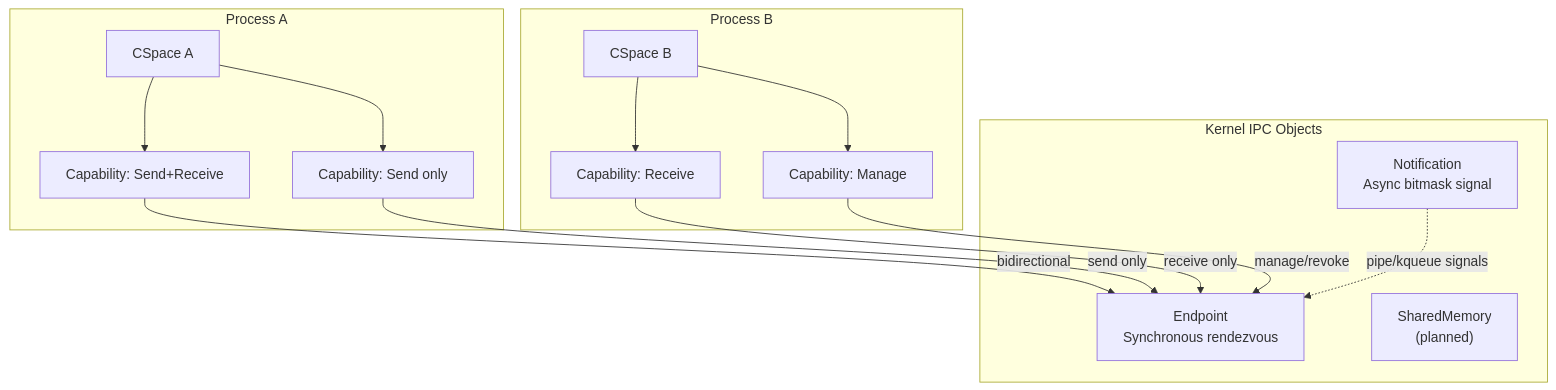
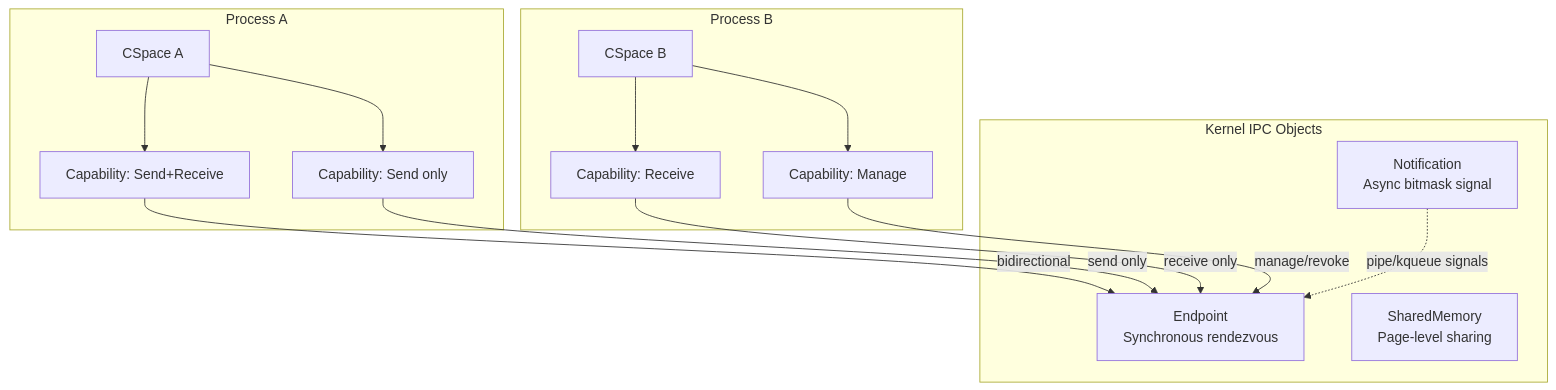
Before and after one commit to KitsuneBSD/FKernel: the first of 6 diagrams in Docs/Domains/ipc-capabilities.md, drawn with Mermaid. The commit also changed other lines of this file and 25 other files, not shown here.

````diff
--- a/Docs/Domains/ipc-capabilities.md
+++ b/Docs/Domains/ipc-capabilities.md
@@ -9,27 +9,27 @@
 ```mermaid
 flowchart TD
     subgraph "Process A"
         CSA["CSpace A"]
         CA1["Capability: Send+Receive"]
         CA2["Capability: Send only"]
         CSA --> CA1
         CSA --> CA2
     end
     subgraph "Kernel IPC Objects"
         EP["Endpoint<br/>Synchronous rendezvous"]
         NTF["Notification<br/>Async bitmask signal"]
-        SHM["SharedMemory<br/>(planned)"]
+        SHM["SharedMemory<br/>Page-level sharing"]
     end
     subgraph "Process B"
         CSB["CSpace B"]
         CB1["Capability: Receive"]
         CB2["Capability: Manage"]
         CSB --> CB1
         CSB --> CB2
     end
     CA1 -->|"bidirectional"| EP
     CA2 -->|"send only"| EP
     CB1 -->|"receive only"| EP
     CB2 -->|"manage/revoke"| EP
     NTF -.->|"pipe/kqueue signals"| EP
 ```
````
